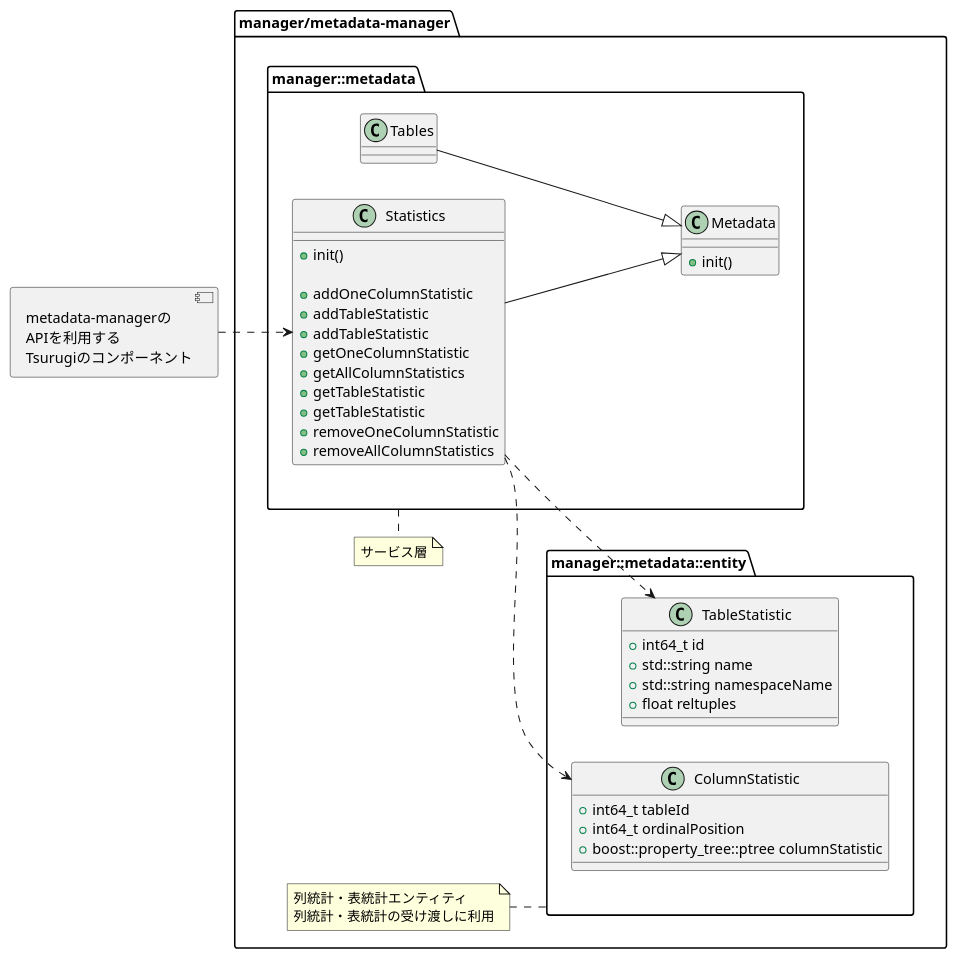
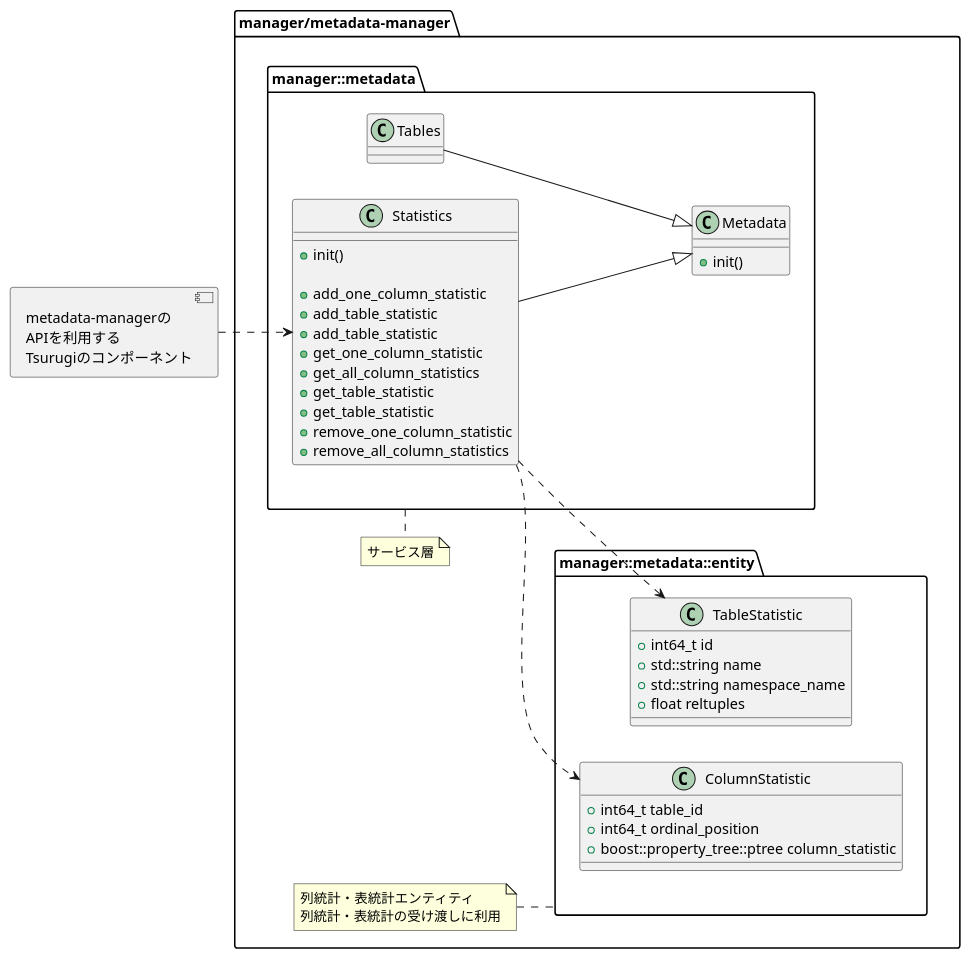
Before and after one commit to project-tsurugi/metadata-manager: the first of 7 diagrams in metadata-manager/docs/statistic/02.FD/uml/ClassDiagram_detail.pu, drawn with PlantUML. The commit also changed other lines of this file and 22 other files, not shown here.

```diff
--- a/metadata-manager/docs/statistic/02.FD/uml/ClassDiagram_detail.pu
+++ b/metadata-manager/docs/statistic/02.FD/uml/ClassDiagram_detail.pu
@@ -1,64 +1,64 @@
 @startuml ClassDiagram_overview
 left to right direction
 allowmixing
 
 package "manager/metadata-manager" {
 
   package manager::metadata as manager_metadata{
     class "Metadata" as Metadata {
       {method}+init()
     }
 
     class Statistics {
       {method}+init()
       {method}
-      {method}+addOneColumnStatistic
-      {method}+addTableStatistic
-      {method}+addTableStatistic
-      {method}+getOneColumnStatistic
-      {method}+getAllColumnStatistics
-      {method}+getTableStatistic
-      {method}+getTableStatistic
-      {method}+removeOneColumnStatistic
-      {method}+removeAllColumnStatistics
+      {method}+add_one_column_statistic
+      {method}+add_table_statistic
+      {method}+add_table_statistic
+      {method}+get_one_column_statistic
+      {method}+get_all_column_statistics
+      {method}+get_table_statistic
+      {method}+get_table_statistic
+      {method}+remove_one_column_statistic
+      {method}+remove_all_column_statistics
     }
     
     class Tables {
       
     }
     
   }
     
     package manager::metadata::entity as entity{
       class TableStatistic {
         {field}+int64_t id
         {field}+std::string name
-        {field}+std::string namespaceName
+        {field}+std::string namespace_name
         {field}+float reltuples
       }
       
       class ColumnStatistic {
-        {field}+int64_t tableId
-        {field}+int64_t ordinalPosition
-        {field}+boost::property_tree::ptree columnStatistic
+        {field}+int64_t table_id
+        {field}+int64_t ordinal_position
+        {field}+boost::property_tree::ptree column_statistic
       }
     }
 
   Statistics --|> Metadata
   Tables --|> Metadata
   Statistics ..> TableStatistic
   Statistics ..> ColumnStatistic
   
   note bottom of manager_metadata
   サービス層
   end note
   
   note left of entity
   列統計・表統計エンティティ
   列統計・表統計の受け渡しに利用
   end note
 }
 
 component "metadata-managerの\nAPIを利用する\nTsurugiのコンポーネント" as other_components 
 other_components ..> Statistics
 @enduml
```
